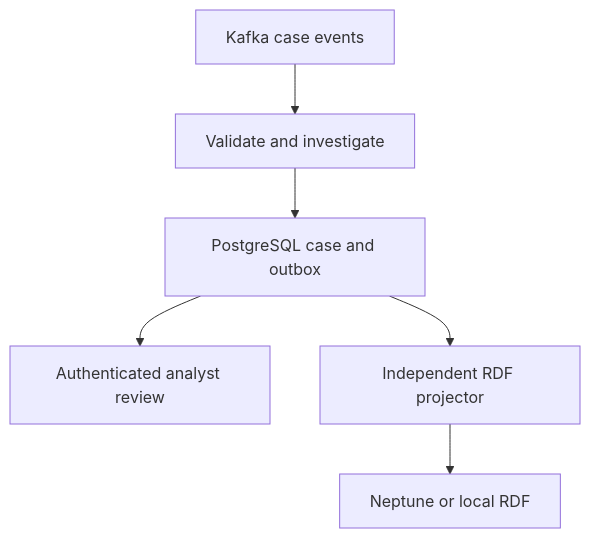
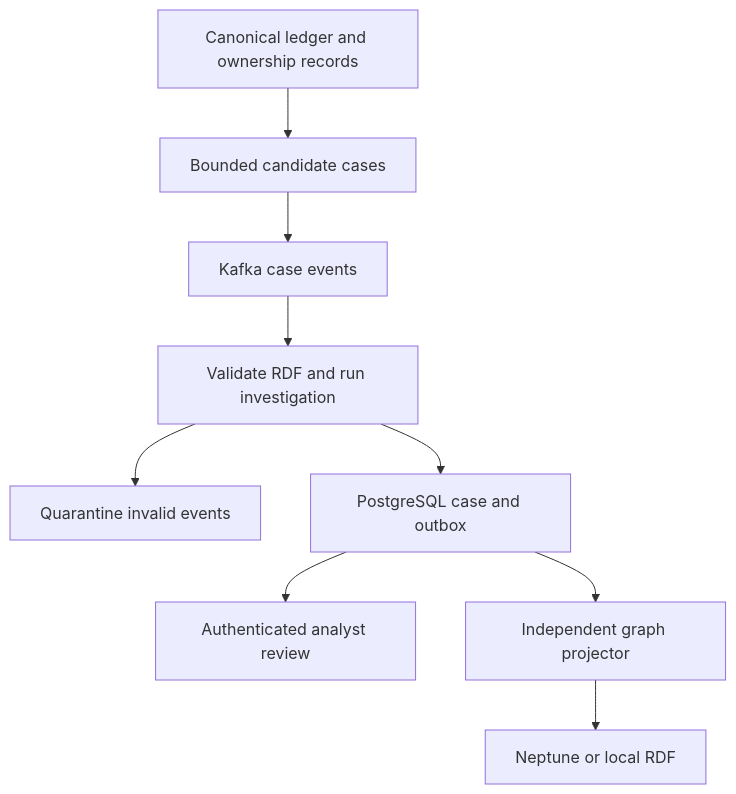
The diagram in README.md (deepak2233/fingraph-investigations), drawn with Mermaid before and after one commit. The commit also changed other lines of this file, not shown here.

First line of the commit message:
Document FinGraph use cases, business value, and testing

````diff
--- a/README.md
+++ b/README.md
@@ -17,8 +31,11 @@
 ```mermaid
 flowchart TD
-  K[Kafka case events] --> I[Validate and investigate]
-  I --> S[PostgreSQL case and outbox]
+  L[Canonical ledger and ownership records] --> C[Bounded candidate cases]
+  C --> K[Kafka case events]
+  K --> V[Validate RDF and run investigation]
+  V --> Q[Quarantine invalid events]
+  V --> S[PostgreSQL case and outbox]
   S --> R[Authenticated analyst review]
-  S --> P[Independent RDF projector]
+  S --> P[Independent graph projector]
   P --> G[Neptune or local RDF]
 ```
````
